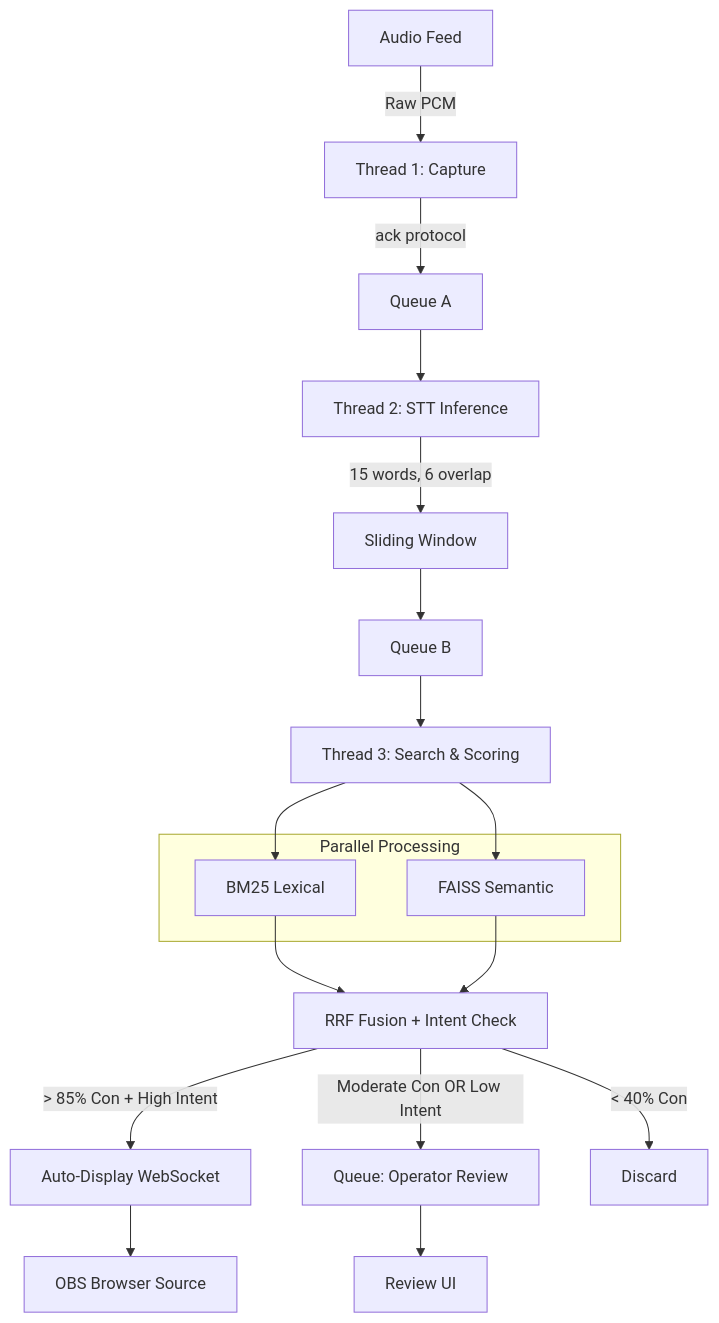
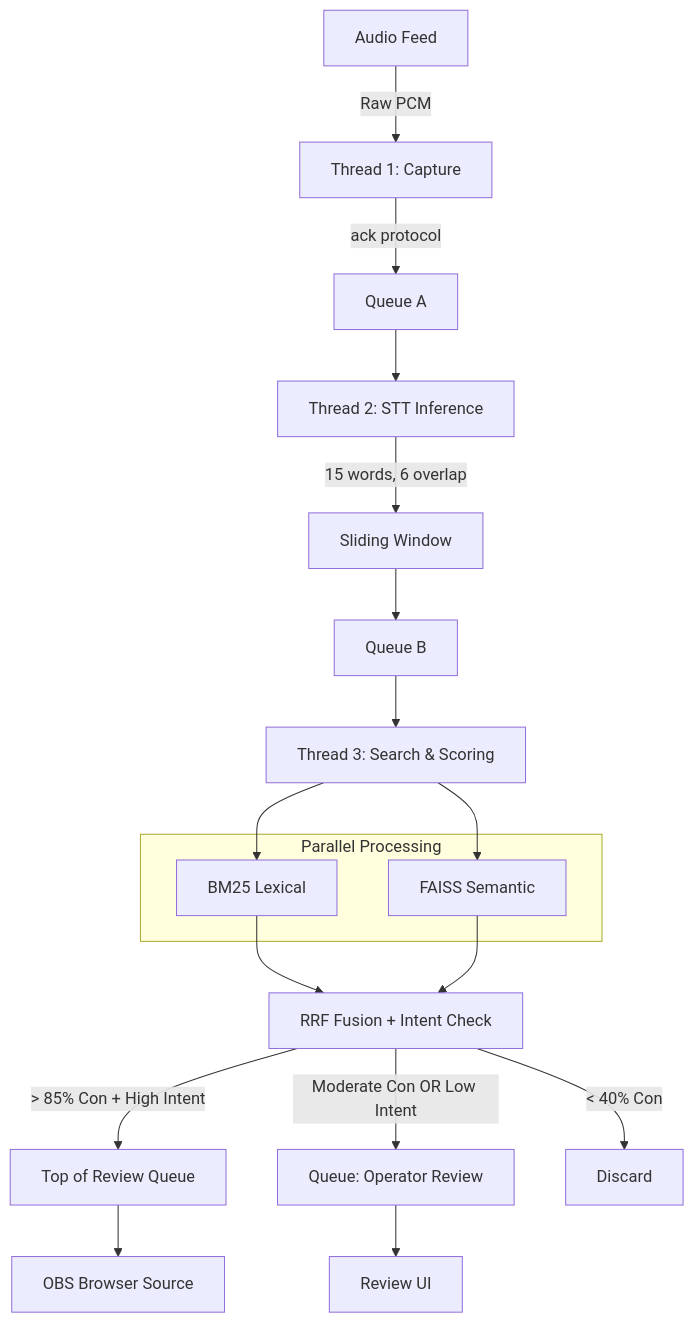
The diagram in docs/README.md (Kosher-T/rhemacast), drawn with Mermaid before and after one commit. The commit also changed other lines of this file and 4 other files, not shown here.

Commit message:
refactor: disable auto-display functionality and route high-confidence matches to the operator review queue

````diff
--- a/docs/README.md
+++ b/docs/README.md
@@ -27,27 +27,27 @@
 ```mermaid
 graph TD
     A[Audio Feed] -->|"Raw PCM"| T1[Thread 1: Capture]
     T1 -->|"ack protocol"| QA[Queue A]
     QA --> T2[Thread 2: STT Inference]
     T2 -->|"15 words, 6 overlap"| SW[Sliding Window]
     SW --> QB[Queue B]
     QB --> T3[Thread 3: Search & Scoring]
     
     subgraph "Parallel Processing"
         BM25[BM25 Lexical]
         FAISS[FAISS Semantic]
     end
     
     T3 --> BM25
     T3 --> FAISS
     
     BM25 --> RRF[RRF Fusion + Intent Check]
     FAISS --> RRF
     
-    RRF -->|"> 85% Con + High Intent"| AD[Auto-Display WebSocket]
+    RRF -->|"> 85% Con + High Intent"| AD[Top of Review Queue]
     RRF -->|"Moderate Con OR Low Intent"| QO[Queue: Operator Review]
     RRF -->|"< 40% Con"| D[Discard]
     
     AD --> OBS[OBS Browser Source]
     QO --> UI[Review UI]
 ```
````
